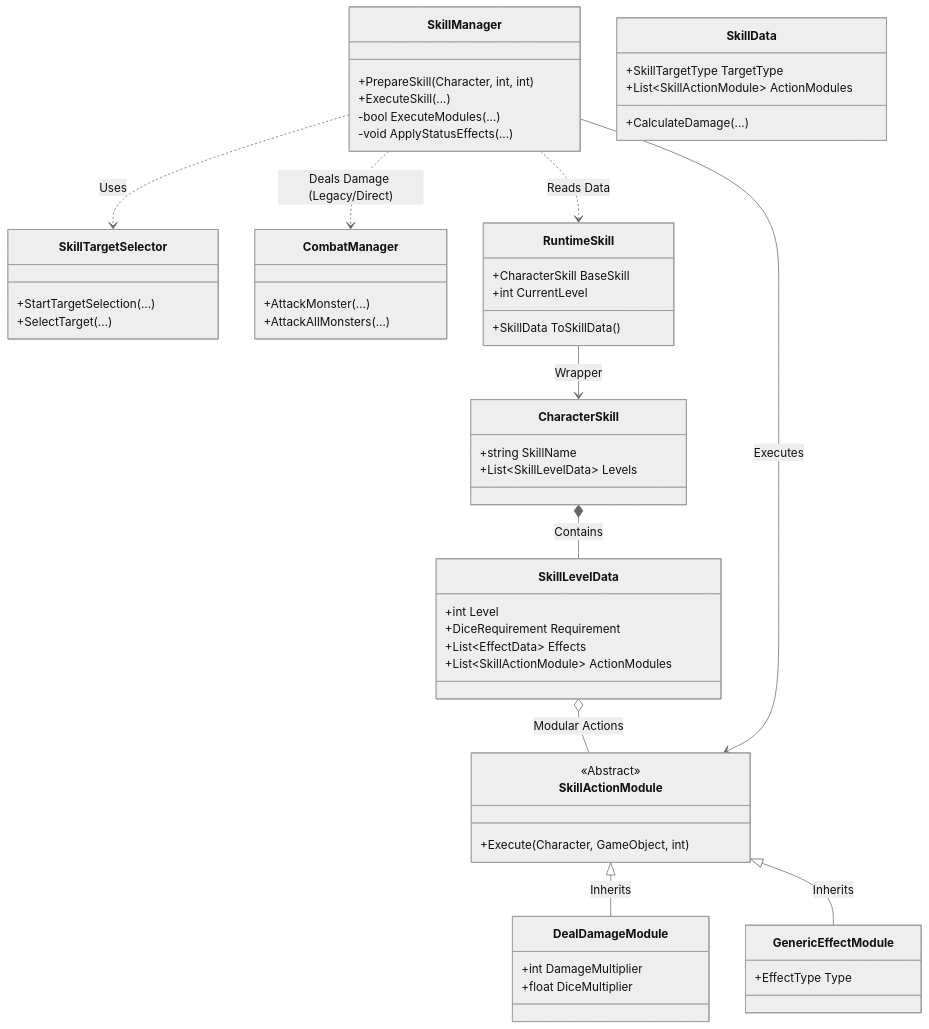
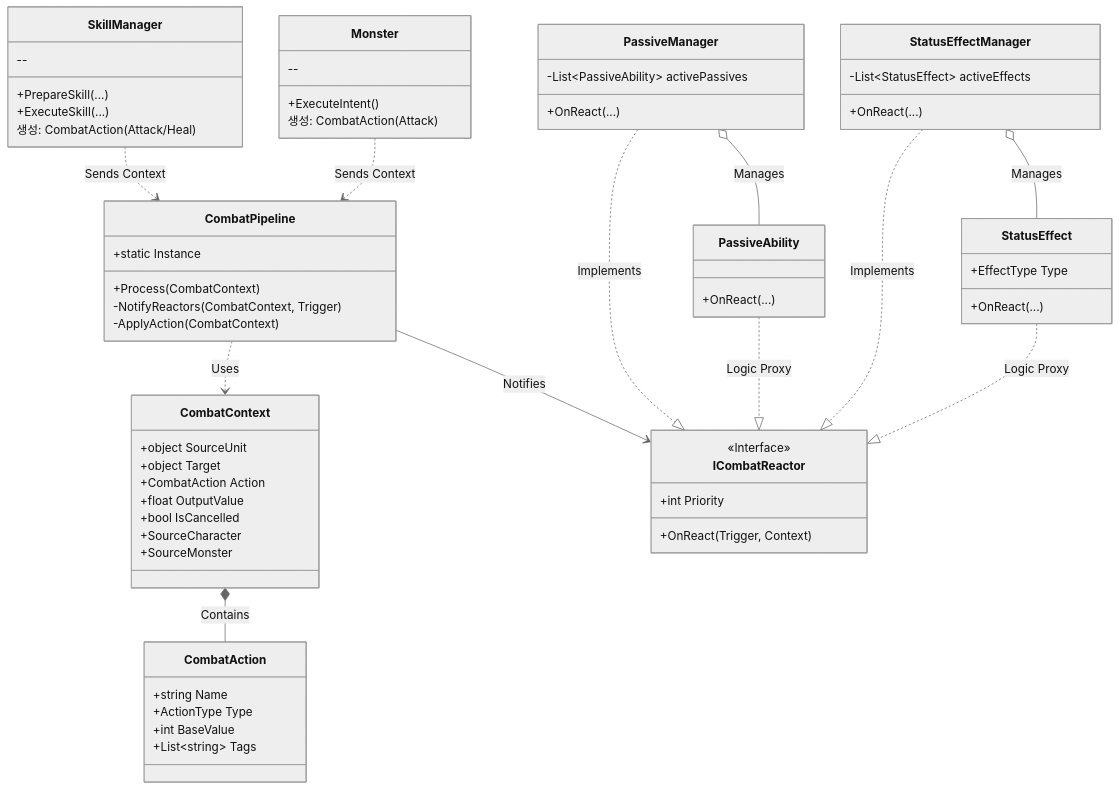
Before and after one commit to dfdfg42/Dice-Orbit: the first of 2 diagrams in Docs/skill_system_structure.md, drawn with Mermaid (neutral theme). The commit also changed other lines of this file and 31 other files, not shown here.

Commit message:
Unify combat pipeline usage

````diff
--- a/Docs/skill_system_structure.md
+++ b/Docs/skill_system_structure.md
@@ -7,74 +9,85 @@
 ```mermaid
 classDiagram
-    %% --- Core Managers ---
-    class SkillManager {
-        +PrepareSkill(Character, int, int)
-        +ExecuteSkill(...)
-        -bool ExecuteModules(...)
-        -void ApplyStatusEffects(...)
+    %% --- Core Pipeline ---
+    class CombatPipeline {
+        +static Instance
+        +Process(CombatContext)
+        -NotifyReactors(CombatContext, Trigger)
+        -ApplyAction(CombatContext)
     }
 
-    class SkillTargetSelector {
-        +StartTargetSelection(...)
-        +SelectTarget(...)
+    class CombatContext {
+        +object SourceUnit
+        +object Target
+        +CombatAction Action
+        +float OutputValue
+        +bool IsCancelled
+        +SourceCharacter
+        +SourceMonster
     }
 
-    class CombatManager {
-        +AttackMonster(...)
-        +AttackAllMonsters(...)
+    class CombatAction {
+        +string Name
+        +ActionType Type
+        +int BaseValue
+        +List~string~ Tags
     }
 
-    %% --- Data Layer (ScriptableObjects) ---
-    class CharacterSkill {
-        +string SkillName
-        +List~SkillLevelData~ Levels
+    class ICombatReactor {
+        <<Interface>>
+        +OnReact(Trigger, Context)
+        +int Priority
     }
 
-    class SkillLevelData {
-        +int Level
-        +DiceRequirement Requirement
-        +List~EffectData~ Effects
-        +List~SkillActionModule~ ActionModules
+    %% --- Managers (Generators) ---
+    class SkillManager {
+        +PrepareSkill(...)
+        +ExecuteSkill(...)
+        --
+        생성: CombatAction(Attack/Heal)
     }
 
-    class SkillActionModule {
-        <<Abstract>>
-        +Execute(Character, GameObject, int)
+    class Monster {
+        +ExecuteIntent()
+        --
+        생성: CombatAction(Attack)
     }
 
-    class DealDamageModule {
-        +int DamageMultiplier
-        +float DiceMultiplier
+    %% --- Reactive Systems (Listeners) ---
+    class PassiveManager {
+        +OnReact(...)
+        -List~PassiveAbility~ activePassives
     }
 
-    class GenericEffectModule {
+    class StatusEffectManager {
+        +OnReact(...)
+        -List~StatusEffect~ activeEffects
+    }
+    
+    class PassiveAbility {
+        +OnReact(...)
+    }
+
+    class StatusEffect {
+        +OnReact(...)
         +EffectType Type
     }
 
-    %% --- Runtime Logic ---
-    class RuntimeSkill {
-        +CharacterSkill BaseSkill
-        +int CurrentLevel
-        +SkillData ToSkillData()
-    }
-
-    class SkillData {
-        +SkillTargetType TargetType
-        +List~SkillActionModule~ ActionModules
-        +CalculateDamage(...)
-    }
-
     %% --- Relationships ---
-    SkillManager ..> SkillTargetSelector : Uses
-    SkillManager ..> CombatManager : Deals Damage (Legacy/Direct)
-    SkillManager ..> RuntimeSkill : Reads Data
+    CombatPipeline ..> CombatContext : Uses
+    CombatContext *-- CombatAction : Contains
     
-    RuntimeSkill --> CharacterSkill : Wrapper
-    CharacterSkill *-- SkillLevelData : Contains
-    SkillLevelData o-- SkillActionModule : Modular Actions
+    SkillManager ..> CombatPipeline : Sends Context
+    Monster ..> CombatPipeline : Sends Context
     
-    SkillActionModule <|-- DealDamageModule : Inherits
-    SkillActionModule <|-- GenericEffectModule : Inherits
+    CombatPipeline --> ICombatReactor : Notifies
     
-    SkillManager --> SkillActionModule : Executes
+    PassiveManager ..|> ICombatReactor : Implements
+    StatusEffectManager ..|> ICombatReactor : Implements
+    
+    PassiveManager o-- PassiveAbility : Manages
+    StatusEffectManager o-- StatusEffect : Manages
+    
+    PassiveAbility ..|> ICombatReactor : Logic Proxy
+    StatusEffect ..|> ICombatReactor : Logic Proxy
 ```
````
